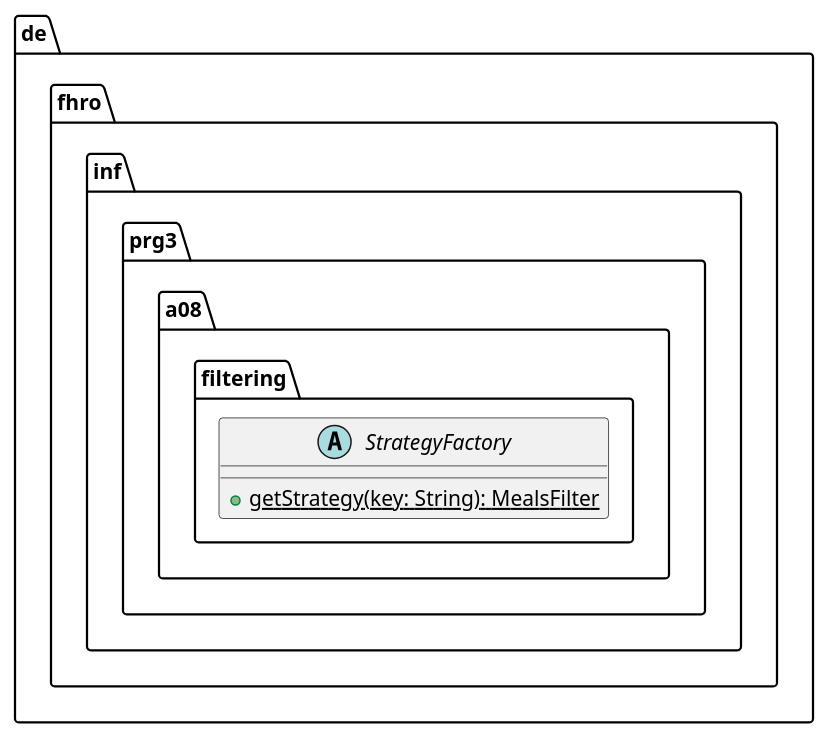
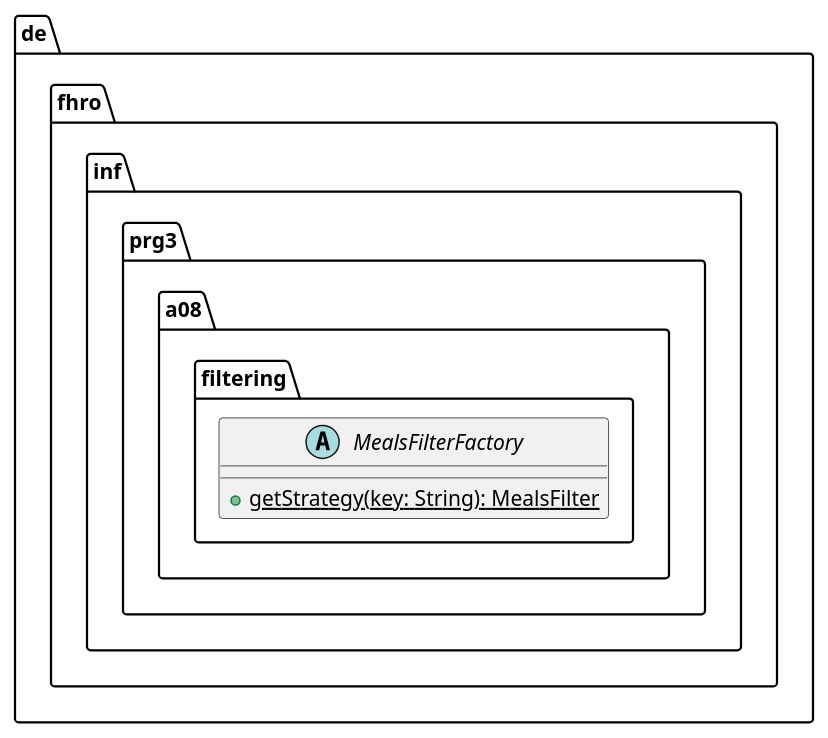
The diagram in assets/uml/Filtering-Factory.plantuml (ohm-softa/08-singleton-factory-strategy-android), drawn with PlantUML before and after one commit. The commit also changed 3 other files, not shown here.

```diff
--- a/assets/uml/Filtering-Factory.plantuml
+++ b/assets/uml/Filtering-Factory.plantuml
@@ -1,9 +1,9 @@
 @startuml FilteringFactory
 
 package de.fhro.inf.prg3.a08.filtering {
-    abstract class StrategyFactory {
+    abstract class MealsFilterFactory {
         +{static} getStrategy(key: String): MealsFilter
     }
 }
 
 @enduml
```
